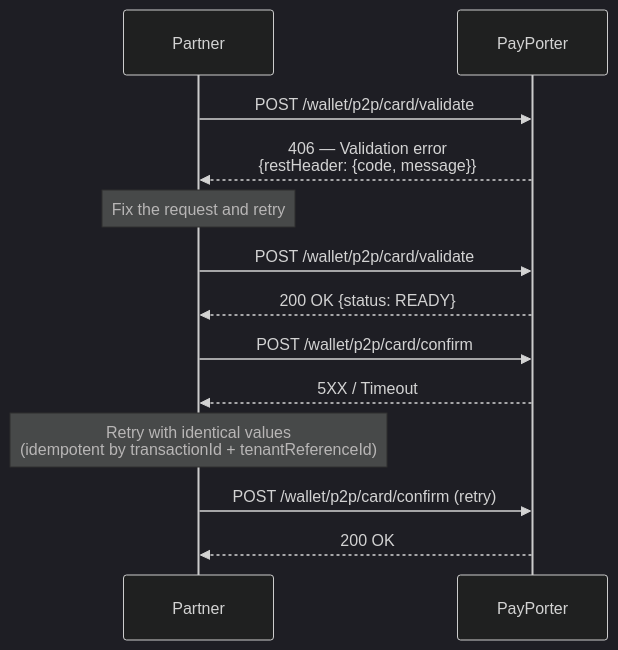
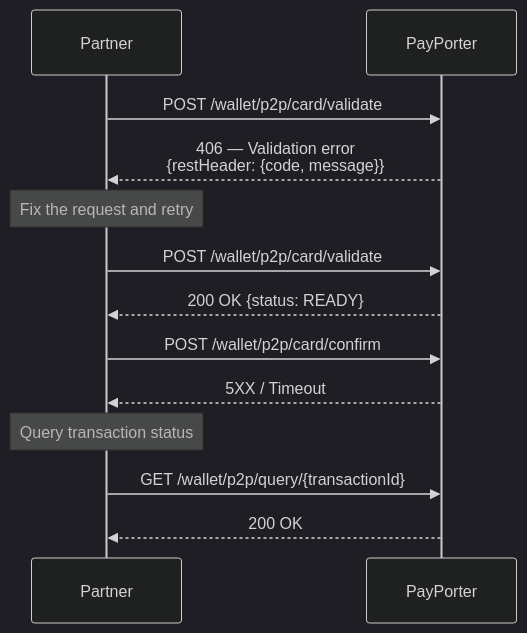
One commit to commitup/api-doc-v2 changed the second of 2 diagrams in docs/whitelabel-wallet-v2/flow-diagrams.md. Above: the diagram before and after it, drawn with Mermaid (dark theme). The commit also changed 10 other files, not shown here.

Commit message:
refactor: simplify Confirm flow by removing tenantReferenceId, updating error handling, and adding mandatory field documentation.

````diff
--- a/docs/whitelabel-wallet-v2/flow-diagrams.md
+++ b/docs/whitelabel-wallet-v2/flow-diagrams.md
@@ -39,17 +39,17 @@
 ```mermaid
 sequenceDiagram
     participant Partner
     participant PayPorter
 
     Partner->>PayPorter: POST /wallet/p2p/card/validate
     PayPorter-->>Partner: 406 — Validation error<br/>{restHeader: {code, message}}
     Note over Partner: Fix the request and retry
 
     Partner->>PayPorter: POST /wallet/p2p/card/validate
     PayPorter-->>Partner: 200 OK {status: READY}
     Partner->>PayPorter: POST /wallet/p2p/card/confirm
     PayPorter-->>Partner: 5XX / Timeout
-    Note over Partner: Retry with identical values<br/>(idempotent by transactionId + tenantReferenceId)
-    Partner->>PayPorter: POST /wallet/p2p/card/confirm (retry)
+    Note over Partner: Query transaction status
+    Partner->>PayPorter: GET /wallet/p2p/query/{transactionId}
     PayPorter-->>Partner: 200 OK
 ```
````
